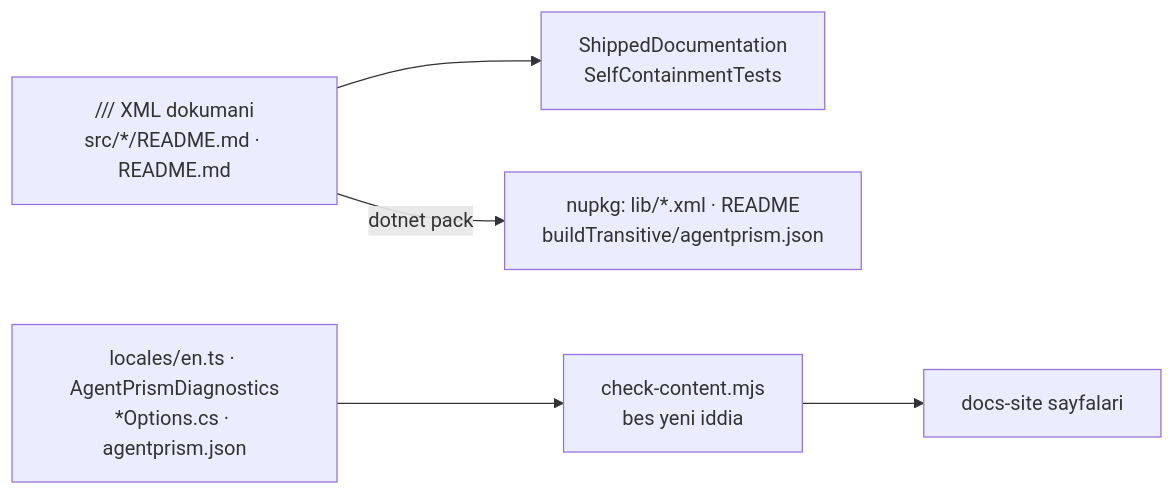
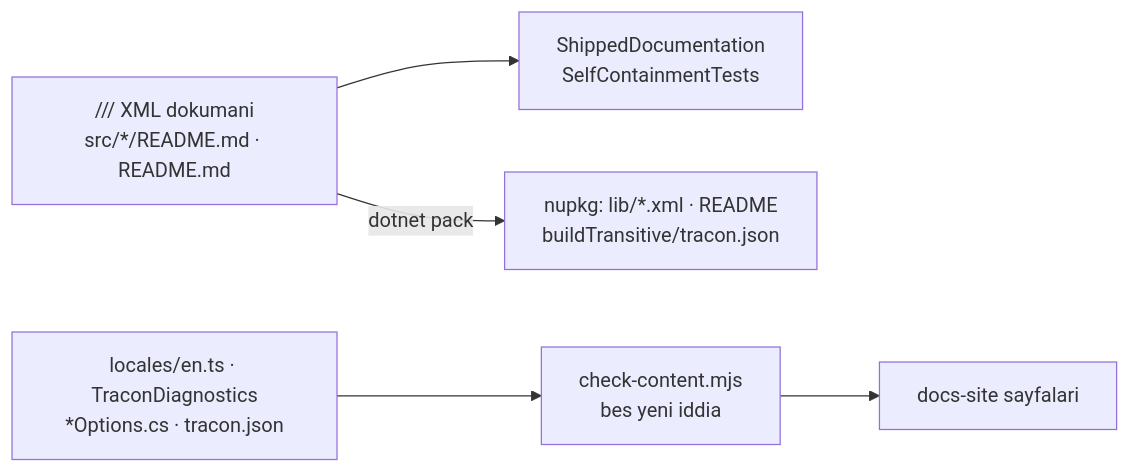
Before and after one commit to farukatasoy/Tracon: the diagram in docs/manuel-test/31-DOKUMAN-DOGRULUGU.md, drawn with Mermaid. The commit also changed other lines of this file and 4535 other files, not shown here.

````diff
--- a/docs/manuel-test/31-DOKUMAN-DOGRULUGU.md
+++ b/docs/manuel-test/31-DOKUMAN-DOGRULUGU.md
@@ -25,9 +25,9 @@
 ```mermaid
 flowchart LR
     accTitle: Sevk edilen metnin iki kapisi
     accDescr: Kaynaktaki XML dokumani ve README'ler bir circir testinden, uretilen site sayfalari ise check-content kapilarindan gecer.
     SRC["/// XML dokumani<br/>src/*/README.md · README.md"] --> RATCHET["ShippedDocumentation<br/>SelfContainmentTests"]
-    SRC -->|"dotnet pack"| PKG["nupkg: lib/*.xml · README<br/>buildTransitive/agentprism.json"]
-    CODE["locales/en.ts · AgentPrismDiagnostics<br/>*Options.cs · agentprism.json"] --> GATES["check-content.mjs<br/>bes yeni iddia"]
+    SRC -->|"dotnet pack"| PKG["nupkg: lib/*.xml · README<br/>buildTransitive/tracon.json"]
+    CODE["locales/en.ts · TraconDiagnostics<br/>*Options.cs · tracon.json"] --> GATES["check-content.mjs<br/>bes yeni iddia"]
     GATES --> SITE["docs-site sayfalari"]
 ```
````
